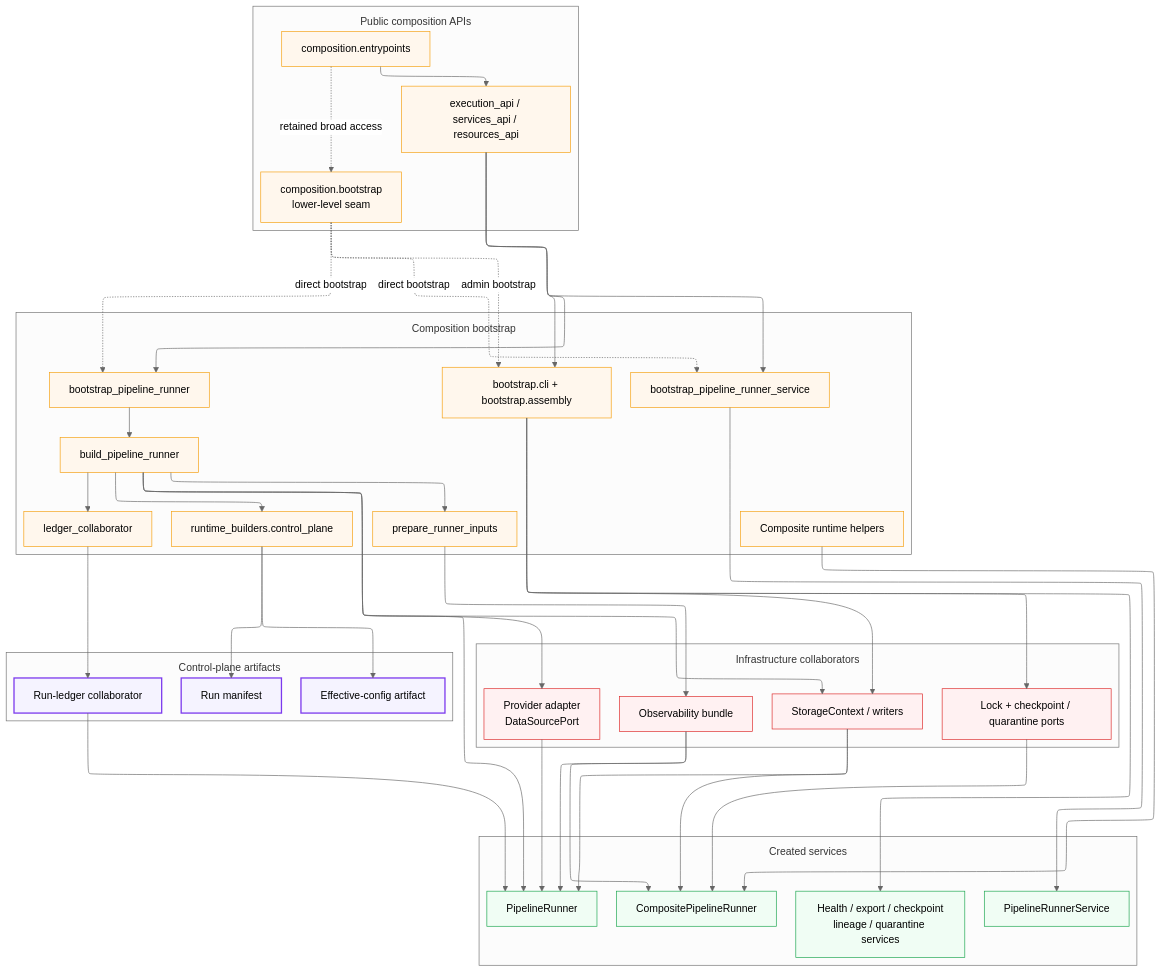
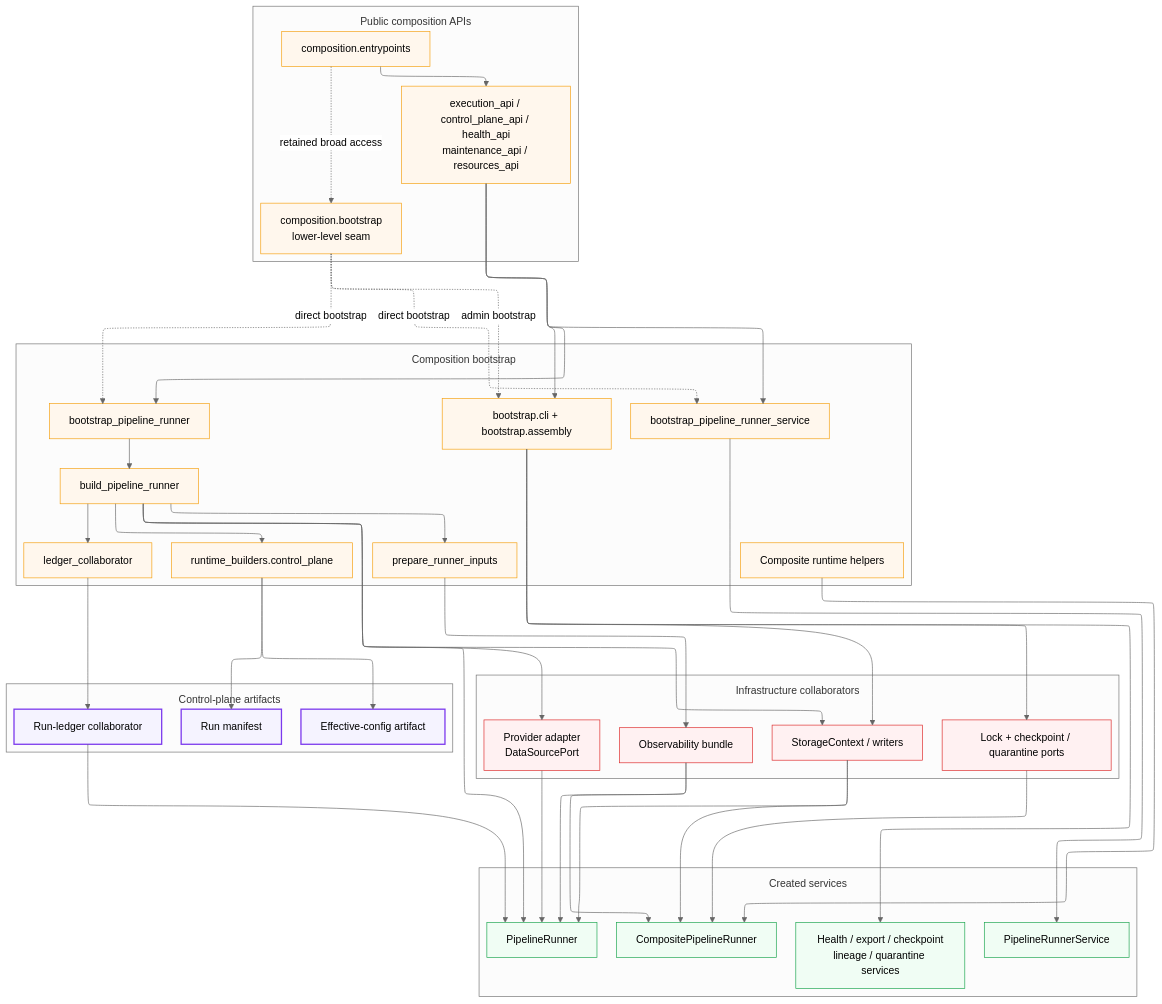
One commit to SatoryKono/BioactivityDataAcquisition changed the diagram in docs/02-architecture/diagrams/architecture/12b-bootstrap-wiring.mmd. Above: the diagram before and after it, drawn with Mermaid (neutral theme). The commit also changed 92 other files, not shown here.

First line of the commit message:
Update architecture docs, diagrams, and governance

```diff
--- a/docs/02-architecture/diagrams/architecture/12b-bootstrap-wiring.mmd
+++ b/docs/02-architecture/diagrams/architecture/12b-bootstrap-wiring.mmd
@@ -1,106 +1,106 @@
 %% BioETL — Bootstrap: Runtime, Control-Plane, and Admin Wiring
 %% Covers how current entrypoints/bootstrap seams expose runtime, control-plane, and admin assembly outputs.
 
 %% @version 1.4.0
 %% @date    2026-03-28
 %% @type    flowchart
 %% @level   System / Component
 %% @view    bootstrap-wiring
 %% @parent  12-bootstrap-di-container.mmd
 %% @nodes   23
 %% @uniform width=400 height=56 max_title_len=34 max_desc_lines=2
 
 %%{init: {
   'flowchart': {
     'subGraphTitleMargin': { 'top': 12, 'bottom': 12 }
   },
   'layout': 'elk',
   'elk': {
     'mergeEdges': true,
     'nodePlacementStrategy': 'BRANDES_KOEPF',
     'edgeRouting': 'ORTHOGONAL'
   }
 }}%%
 graph TB
     subgraph Public["Public composition APIs"]
         ENTRY["composition.entrypoints"]:::size-sm
-        APIS["execution_api / services_api / resources_api"]:::size-sm
+        APIS["execution_api / control_plane_api / health_api<br/>maintenance_api / resources_api"]:::size-sm
         BOOT["composition.bootstrap<br/>lower-level seam"]:::size-sm
     end
 
     subgraph Composition["Composition bootstrap"]
         BPR["bootstrap_pipeline_runner"]:::size-sm
         BPS["bootstrap_pipeline_runner_service"]:::size-sm
         BUILDER["build_pipeline_runner"]:::size-sm
         INPUTS["prepare_runner_inputs"]:::size-sm
         CTRL["runtime_builders.control_plane"]:::size-sm
         LCOL["ledger_collaborator"]:::size-sm
         SUPPORT["bootstrap.cli + bootstrap.assembly"]:::size-sm
         CH["Composite runtime helpers"]:::size-sm
     end
 
     subgraph Infrastructure["Infrastructure collaborators"]
         ADAPTER["Provider adapter<br/>DataSourcePort"]:::size-sm
         STORAGE["StorageContext / writers"]:::size-sm
         OBS["Observability bundle"]:::size-sm
         STATE["Lock + checkpoint / quarantine ports"]:::size-sm
     end
 
     subgraph Application["Created services"]
         PRUN["PipelineRunner"]:::size-sm
         PSVC["PipelineRunnerService"]:::size-sm
         CRUN["CompositePipelineRunner"]:::size-sm
         ADM["Health / export / checkpoint<br/>lineage / quarantine services"]:::size-sm
     end
 
     subgraph Artifacts["Control-plane artifacts"]
         MAN["Run manifest"]:::size-sm
         ECFG["Effective-config artifact"]:::size-sm
         LED["Run-ledger collaborator"]:::size-sm
     end
 
     ENTRY --> APIS
     ENTRY -.->|"retained broad access"| BOOT
     APIS --> BPR
     APIS --> BPS
     APIS --> SUPPORT
     BOOT -.->|"direct bootstrap"| BPR
     BOOT -.->|"direct bootstrap"| BPS
     BOOT -.->|"admin bootstrap"| SUPPORT
 
     BPR --> BUILDER
     BUILDER --> INPUTS
     BUILDER --> CTRL
     BUILDER --> LCOL
     BPS --> PSVC
     SUPPORT --> STORAGE
     SUPPORT --> STATE
     SUPPORT --> ADM
     CH --> CRUN
 
     INPUTS --> OBS
     BUILDER --> ADAPTER
     BUILDER --> STORAGE
     BUILDER --> PRUN
     CTRL --> MAN
     CTRL --> ECFG
     LCOL --> LED
 
     ADAPTER --> PRUN
     STORAGE --> PRUN
     OBS --> PRUN
     LED --> PRUN
     STORAGE --> CRUN
     STATE --> CRUN
     OBS --> CRUN
 
     classDef comp fill:#fff7ed,stroke:#f59e0b
     classDef infra fill:#fff1f2,stroke:#dc2626
     classDef app fill:#f0fdf4,stroke:#16a34a
     classDef artifact fill:#f5f3ff,stroke:#7c3aed,stroke-width:2px
 
     class ENTRY,APIS,BOOT comp
     class BPR,BPS,BUILDER,INPUTS,CTRL,LCOL,SUPPORT,CH comp
     class ADAPTER,STORAGE,OBS,STATE infra
     class PRUN,PSVC,CRUN,ADM app
     class MAN,ECFG,LED artifact
```
